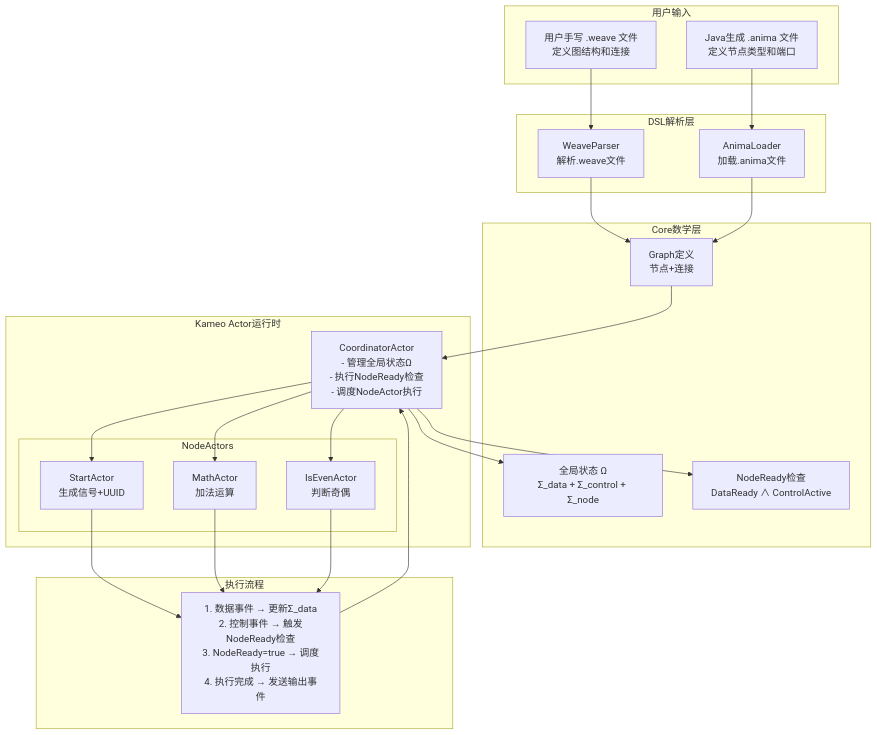
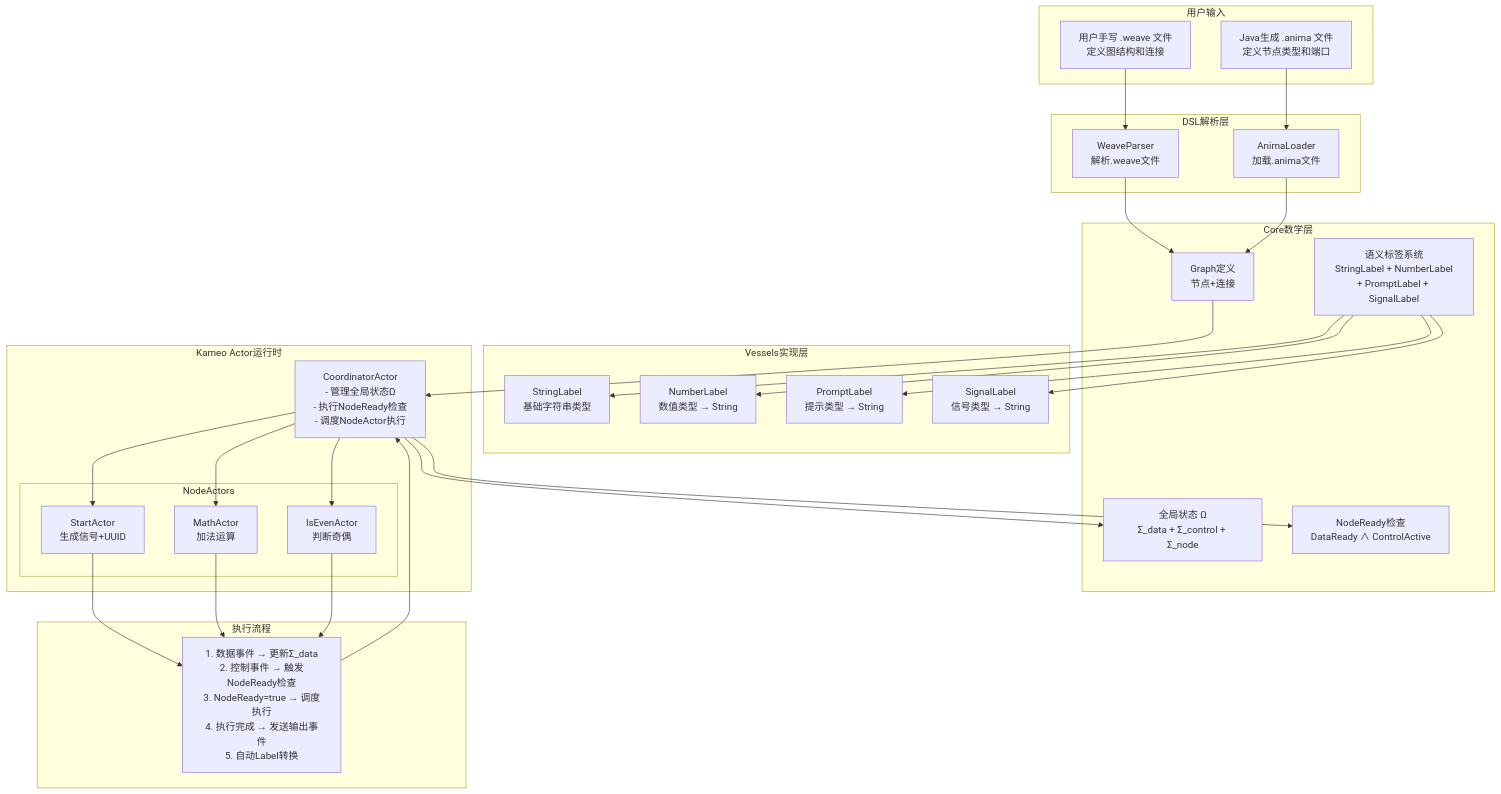
One commit to SeeleFelix/LadySion changed the diagram in anima-weave-rust/PROGRESS.md. Above: the diagram before and after it, drawn with Mermaid. The commit also changed other lines of this file and 9 other files, not shown here.

````diff
--- a/anima-weave-rust/PROGRESS.md
+++ b/anima-weave-rust/PROGRESS.md
@@ -5,50 +5,63 @@
 ```mermaid
 graph TB
     subgraph "用户输入"
         WeaveFile["用户手写 .weave 文件<br/>定义图结构和连接"]
         AnimaFile["Java生成 .anima 文件<br/>定义节点类型和端口"]
     end
 
     subgraph "DSL解析层"
         WeaveParser["WeaveParser<br/>解析.weave文件"]
         AnimaLoader["AnimaLoader<br/>加载.anima文件"]
     end
 
     subgraph "Core数学层"
         Omega["全局状态 Ω<br/>Σ_data + Σ_control + Σ_node"]
         GraphDef["Graph定义<br/>节点+连接"]
         NodeReady["NodeReady检查<br/>DataReady ∧ ControlActive"]
+        SemanticLabels["语义标签系统<br/>StringLabel + NumberLabel<br/>+ PromptLabel + SignalLabel"]
+    end
+
+    subgraph "Vessels实现层"
+        StringLabel["StringLabel<br/>基础字符串类型"]
+        NumberLabel["NumberLabel<br/>数值类型 → String"]
+        PromptLabel["PromptLabel<br/>提示类型 → String"]
+        SignalLabel["SignalLabel<br/>信号类型 → String"]
     end
 
     subgraph "Kameo Actor运行时"
         CoordActor["CoordinatorActor<br/>- 管理全局状态Ω<br/>- 执行NodeReady检查<br/>- 调度NodeActor执行"]
         
         subgraph "NodeActors"
             StartActor["StartActor<br/>生成信号+UUID"]
             MathActor["MathActor<br/>加法运算"]
             IsEvenActor["IsEvenActor<br/>判断奇偶"]
         end
     end
 
     subgraph "执行流程"
-        EventFlow["1. 数据事件 → 更新Σ_data<br/>2. 控制事件 → 触发NodeReady检查<br/>3. NodeReady=true → 调度执行<br/>4. 执行完成 → 发送输出事件"]
+        EventFlow["1. 数据事件 → 更新Σ_data<br/>2. 控制事件 → 触发NodeReady检查<br/>3. NodeReady=true → 调度执行<br/>4. 执行完成 → 发送输出事件<br/>5. 自动Label转换"]
     end
 
     WeaveFile --> WeaveParser
     AnimaFile --> AnimaLoader
     WeaveParser --> GraphDef
     AnimaLoader --> GraphDef
     
     GraphDef --> CoordActor
     CoordActor --> Omega
     CoordActor --> NodeReady
     
+    SemanticLabels --> StringLabel
+    SemanticLabels --> NumberLabel
+    SemanticLabels --> PromptLabel
+    SemanticLabels --> SignalLabel
+    
     CoordActor --> StartActor
     CoordActor --> MathActor  
     CoordActor --> IsEvenActor
     
     StartActor --> EventFlow
     MathActor --> EventFlow
     IsEvenActor --> EventFlow
     EventFlow --> CoordActor
 ```
````
